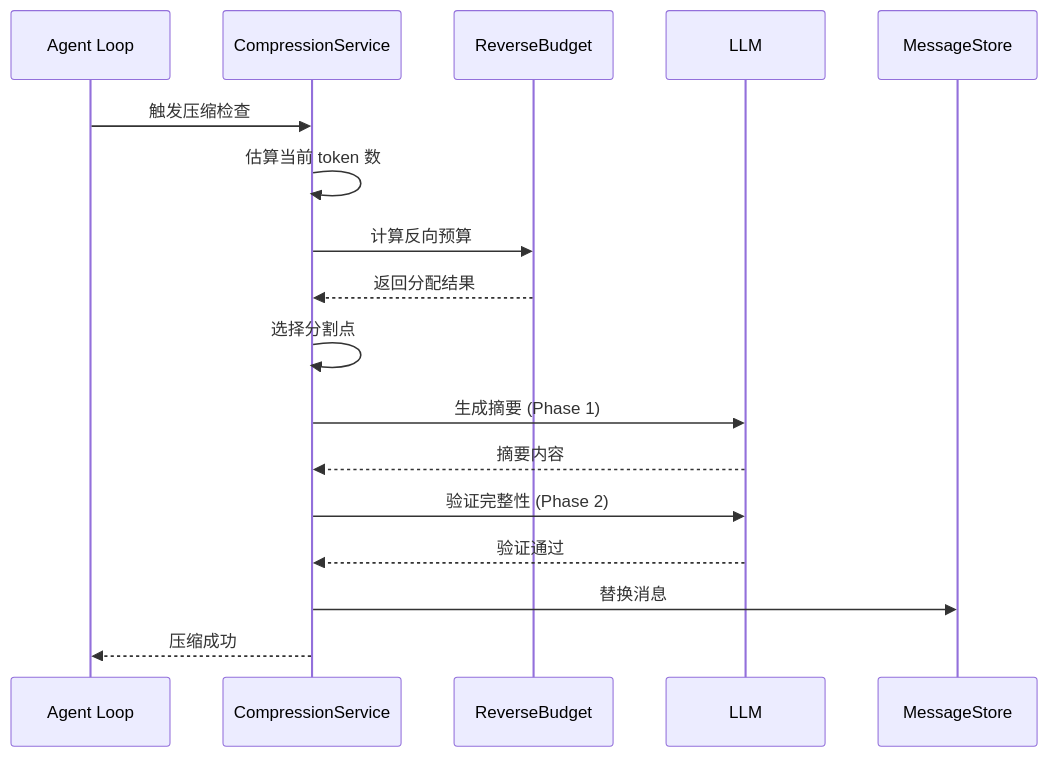
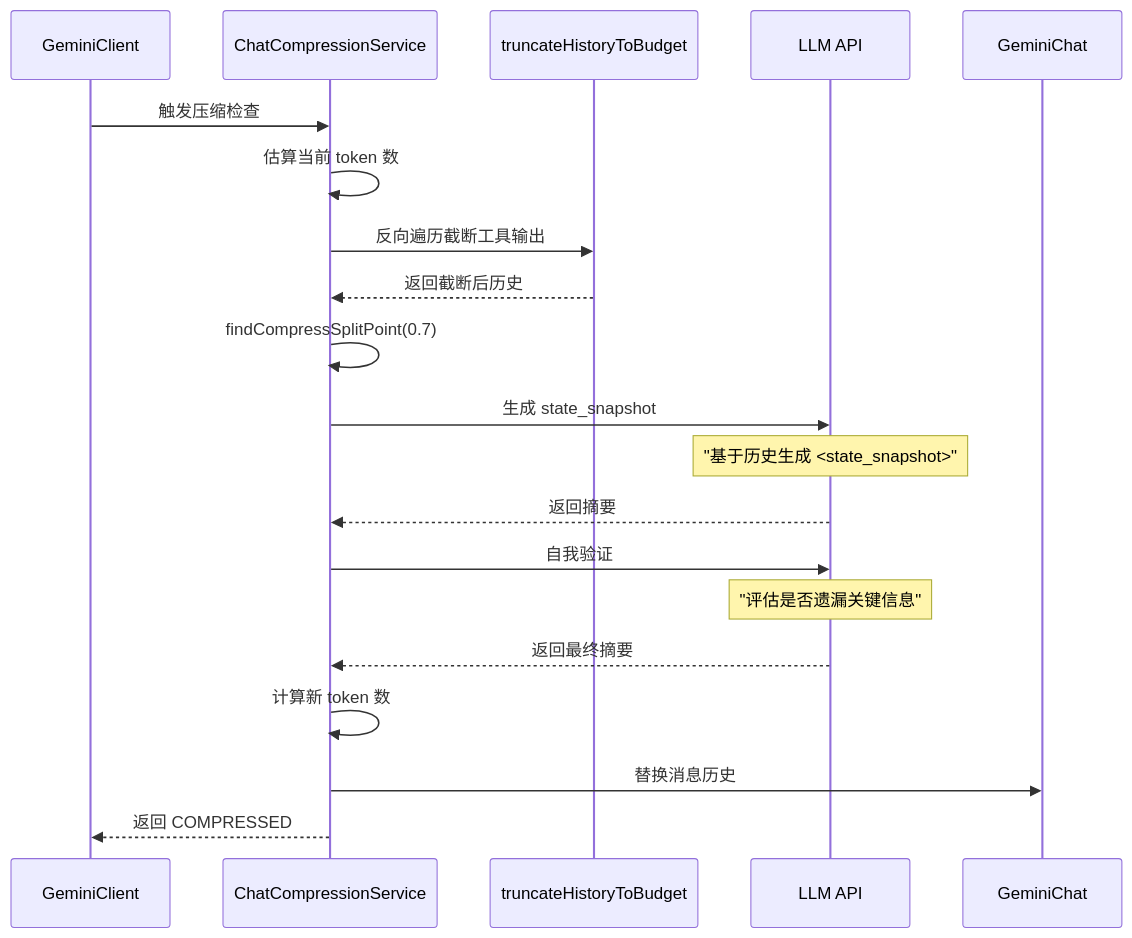
Before and after one commit to giraffe-tree/agent-base: the eighth of 11 diagrams in docs/gemini-cli/questions/gemini-cli-context-compaction.md, drawn with Mermaid. The commit also changed other lines of this file and 39 other files, not shown here.

````diff
--- a/docs/gemini-cli/questions/gemini-cli-context-compaction.md
+++ b/docs/gemini-cli/questions/gemini-cli-context-compaction.md
@@ -397,20 +441,23 @@
 ```mermaid
 sequenceDiagram
-    participant A as Agent Loop
-    participant C as CompressionService
-    participant B as ReverseBudget
-    participant L as LLM
-    participant M as MessageStore
+    participant C as GeminiClient
+    participant S as ChatCompressionService
+    participant T as truncateHistoryToBudget
+    participant L as LLM API
+    participant G as GeminiChat
 
-    A->>C: 触发压缩检查
-    C->>C: 估算当前 token 数
-    C->>B: 计算反向预算
-    B-->>C: 返回分配结果
-    C->>C: 选择分割点
-    C->>L: 生成摘要 (Phase 1)
-    L-->>C: 摘要内容
-    C->>L: 验证完整性 (Phase 2)
-    L-->>C: 验证通过
-    C->>M: 替换消息
-    C-->>A: 压缩成功
+    C->>S: 触发压缩检查
+    S->>S: 估算当前 token 数
+    S->>T: 反向遍历截断工具输出
+    T-->>S: 返回截断后历史
+    S->>S: findCompressSplitPoint(0.7)
+    S->>L: 生成 state_snapshot
+    Note over L: "基于历史生成 <state_snapshot>"
+    L-->>S: 返回摘要
+    S->>L: 自我验证
+    Note over L: "评估是否遗漏关键信息"
+    L-->>S: 返回最终摘要
+    S->>S: 计算新 token 数
+    S->>G: 替换消息历史
+    S-->>C: 返回 COMPRESSED
 ```
````
